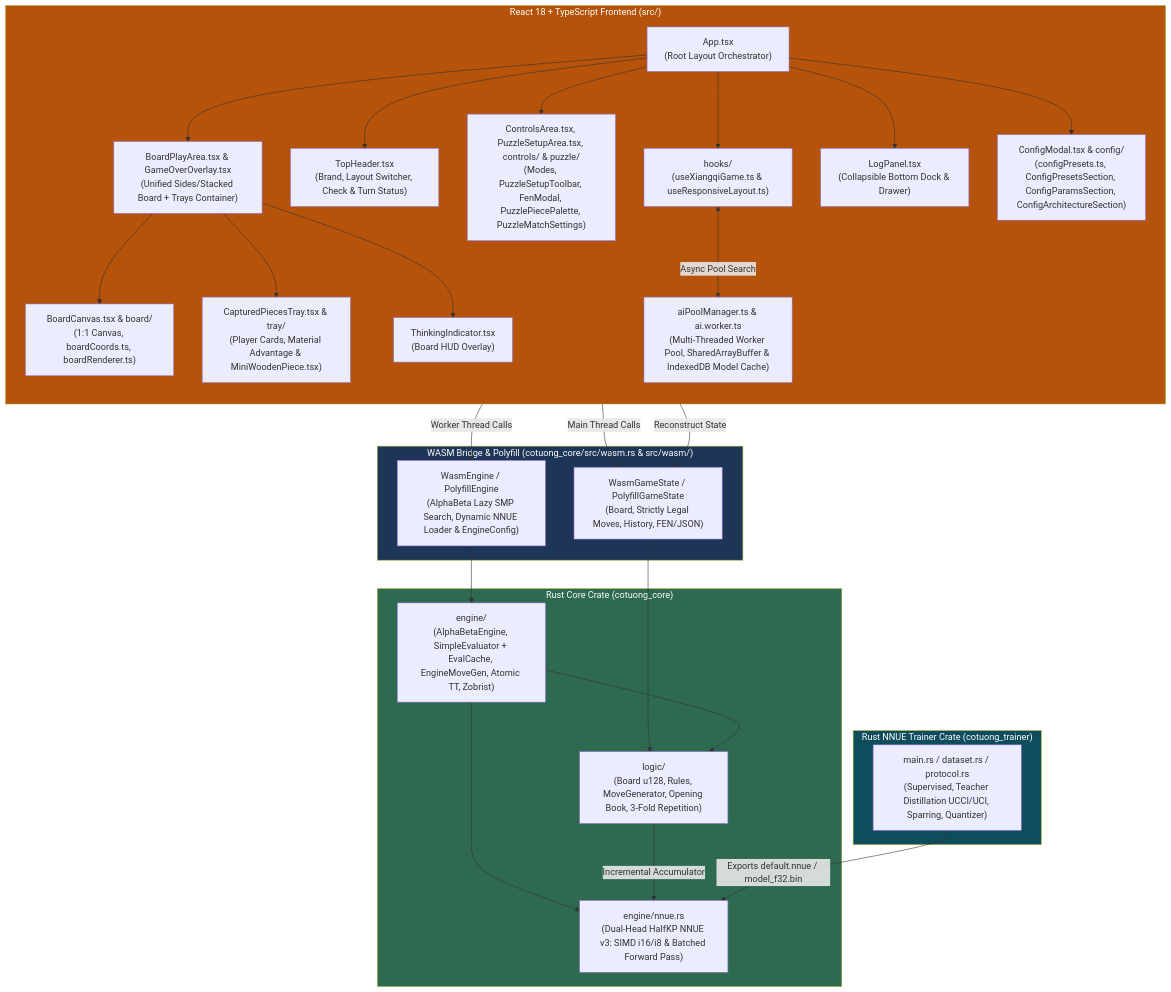
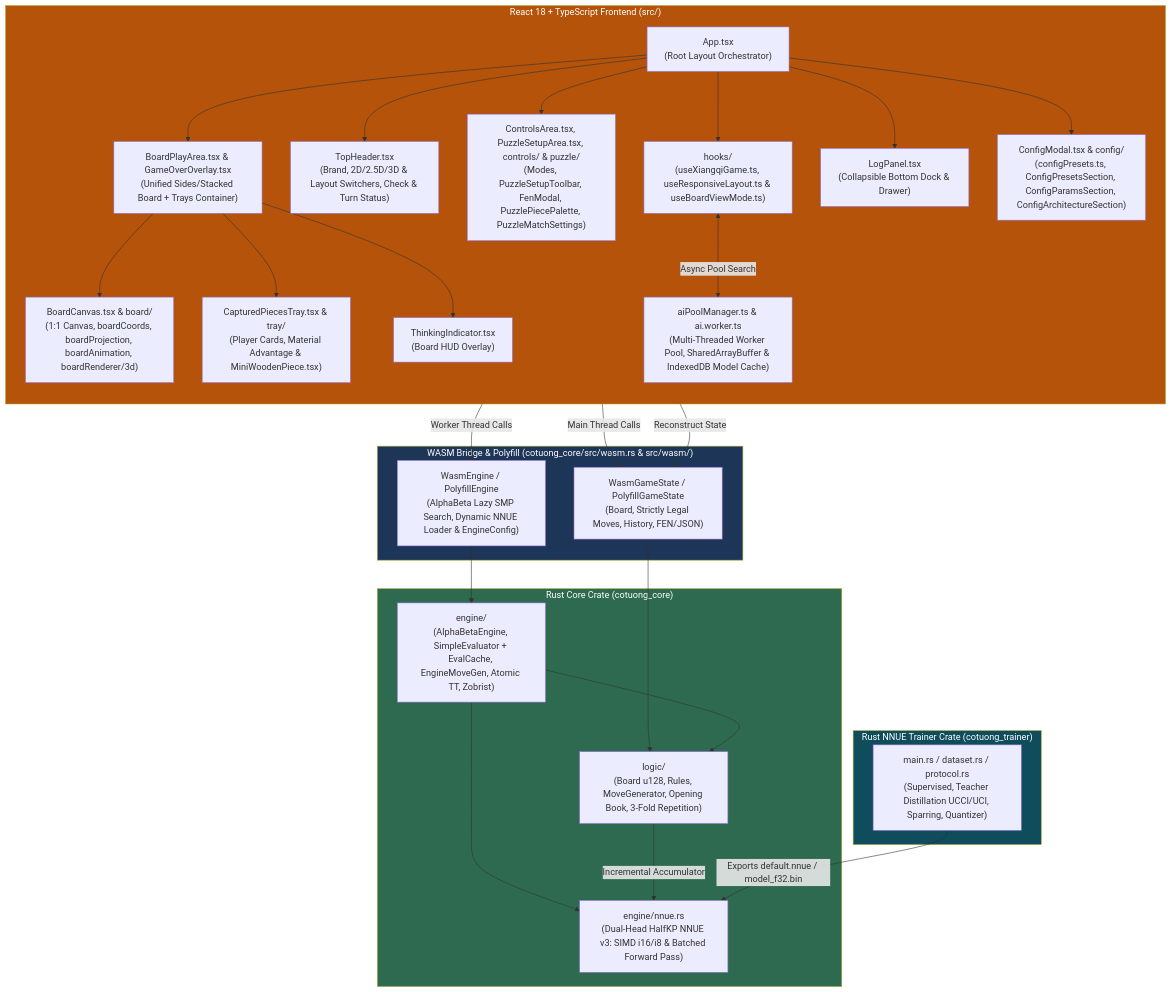
One commit to thichuong/GameCoTuong changed the first of 5 diagrams in ARCHITECTURE.md. Above: the diagram before and after it, drawn with Mermaid. The commit also changed other lines of this file and 13 other files, not shown here.

Commit message:
feat(ui): add 2D/2.5D/3D perspective board rendering and view switcher

````diff
--- a/ARCHITECTURE.md
+++ b/ARCHITECTURE.md
@@ -5,57 +5,57 @@
 ```mermaid
 graph TB
     subgraph Frontend["React 18 + TypeScript Frontend (src/)"]
         direction TB
         App["App.tsx<br/>(Root Layout Orchestrator)"]
-        Hooks["hooks/<br/>(useXiangqiGame.ts & useResponsiveLayout.ts)"]
-        Header["TopHeader.tsx<br/>(Brand, Layout Switcher, Check & Turn Status)"]
+        Hooks["hooks/<br/>(useXiangqiGame.ts, useResponsiveLayout.ts & useBoardViewMode.ts)"]
+        Header["TopHeader.tsx<br/>(Brand, 2D/2.5D/3D & Layout Switchers, Check & Turn Status)"]
         PlayArea["BoardPlayArea.tsx & GameOverOverlay.tsx<br/>(Unified Sides/Stacked Board + Trays Container)"]
-        Canvas["BoardCanvas.tsx & board/<br/>(1:1 Canvas, boardCoords.ts, boardRenderer.ts)"]
+        Canvas["BoardCanvas.tsx & board/<br/>(1:1 Canvas, boardCoords, boardProjection, boardAnimation, boardRenderer/3d)"]
         Trays["CapturedPiecesTray.tsx & tray/<br/>(Player Cards, Material Advantage & MiniWoodenPiece.tsx)"]
         Controls["ControlsArea.tsx, PuzzleSetupArea.tsx, controls/ & puzzle/<br/>(Modes, PuzzleSetupToolbar, FenModal, PuzzlePiecePalette, PuzzleMatchSettings)"]
         Overlay["ThinkingIndicator.tsx<br/>(Board HUD Overlay)"]
         Log["LogPanel.tsx<br/>(Collapsible Bottom Dock & Drawer)"]
         Config["ConfigModal.tsx & config/<br/>(configPresets.ts, ConfigPresetsSection, ConfigParamsSection, ConfigArchitectureSection)"]
         Pool["aiPoolManager.ts & ai.worker.ts<br/>(Multi-Threaded Worker Pool, SharedArrayBuffer & IndexedDB Model Cache)"]
     end
 
     subgraph WasmBridge["WASM Bridge & Polyfill (cotuong_core/src/wasm.rs & src/wasm/)"]
         WGS["WasmGameState / PolyfillGameState<br/>(Board, Strictly Legal Moves, History, FEN/JSON)"]
         WE["WasmEngine / PolyfillEngine<br/>(AlphaBeta Lazy SMP Search, Dynamic NNUE Loader & EngineConfig)"]
     end
 
     subgraph Core["Rust Core Crate (cotuong_core)"]
         Logic["logic/<br/>(Board u128, Rules, MoveGenerator, Opening Book, 3-Fold Repetition)"]
         Engine["engine/<br/>(AlphaBetaEngine, SimpleEvaluator + EvalCache, EngineMoveGen, Atomic TT, Zobrist)"]
         NNUE["engine/nnue.rs<br/>(Dual-Head HalfKP NNUE v3: SIMD i16/i8 & Batched Forward Pass)"]
     end
 
     subgraph Trainer["Rust NNUE Trainer Crate (cotuong_trainer)"]
         TrainMain["main.rs / dataset.rs / protocol.rs<br/>(Supervised, Teacher Distillation UCCI/UCI, Sparring, Quantizer)"]
     end
 
     App --> Hooks
     App --> Header
     App --> Controls
     App --> PlayArea
     App --> Log
     App --> Config
     PlayArea --> Canvas
     PlayArea --> Trays
     PlayArea --> Overlay
     Hooks -->|"Main Thread Calls"| WGS
     Hooks <-->|"Async Pool Search"| Pool
     Pool -->|"Worker Thread Calls"| WE
     Pool -->|"Reconstruct State"| WGS
     WGS --> Logic
     WE --> Engine
     Engine --> Logic
     Engine --> NNUE
     Logic -->|"Incremental Accumulator"| NNUE
     TrainMain -->|"Exports default.nnue / model_f32.bin"| NNUE
 
     style Core fill:#2d6a4f,color:#fff
     style Trainer fill:#0f4c5c,color:#fff
     style WasmBridge fill:#1d3557,color:#fff
     style Frontend fill:#b45309,color:#fff
 ```
````
